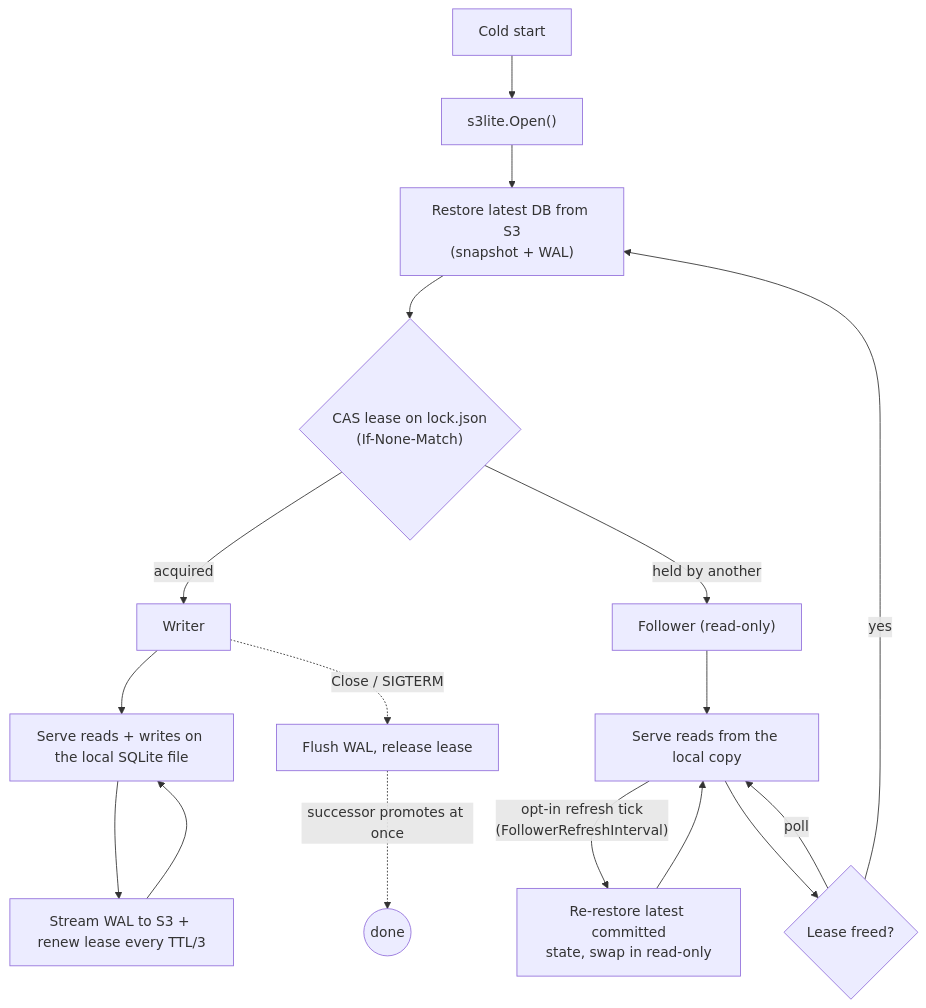
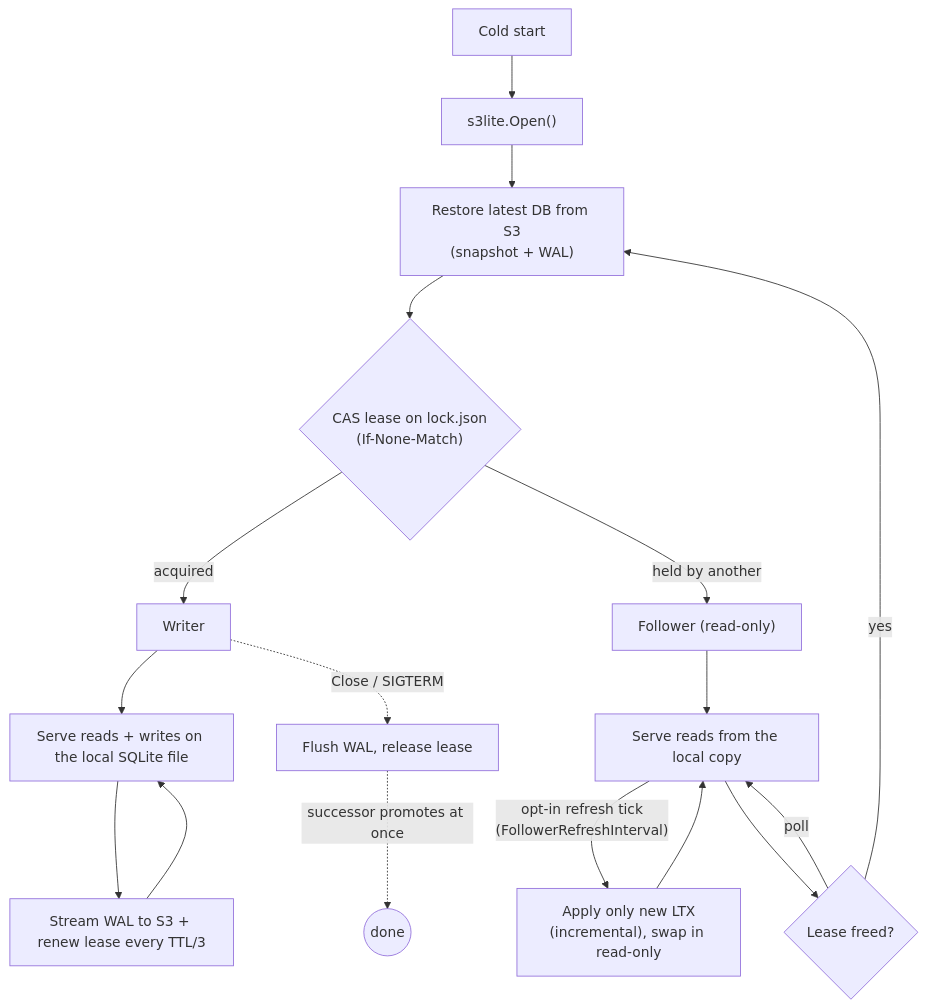
One commit to atmin/s3lite changed the diagram in README.md. Above: the diagram before and after it, drawn with Mermaid. The commit also changed other lines of this file and 8 other files, not shown here.

Commit message:
feat: incremental follower refresh — apply only new LTX per tick via litestream Restore(Follow) resume

````diff
--- a/README.md
+++ b/README.md
@@ -32,22 +32,22 @@
 ```mermaid
 flowchart TD
     S[Cold start] --> O["s3lite.Open()"]
     O --> R["Restore latest DB from S3<br/>(snapshot + WAL)"]
     R --> L{"CAS lease on lock.json<br/>(If-None-Match)"}
     L -->|acquired| W[Writer]
     L -->|held by another| F["Follower (read-only)"]
 
     W --> WS[Serve reads + writes on the local SQLite file]
     WS --> WR[Stream WAL to S3 + renew lease every TTL/3]
     WR --> WS
 
     F --> FS[Serve reads from the local copy]
-    FS -->|"opt-in refresh tick<br/>(FollowerRefreshInterval)"| FR["Re-restore latest committed<br/>state, swap in read-only"]
+    FS -->|"opt-in refresh tick<br/>(FollowerRefreshInterval)"| FR["Apply only new LTX<br/>(incremental), swap in read-only"]
     FR --> FS
     FS --> FP{Lease freed?}
     FP -->|poll| FS
     FP -->|yes| R
 
     W -. "Close / SIGTERM" .-> C[Flush WAL, release lease]
     C -. successor promotes at once .-> X((done))
 ```
````
